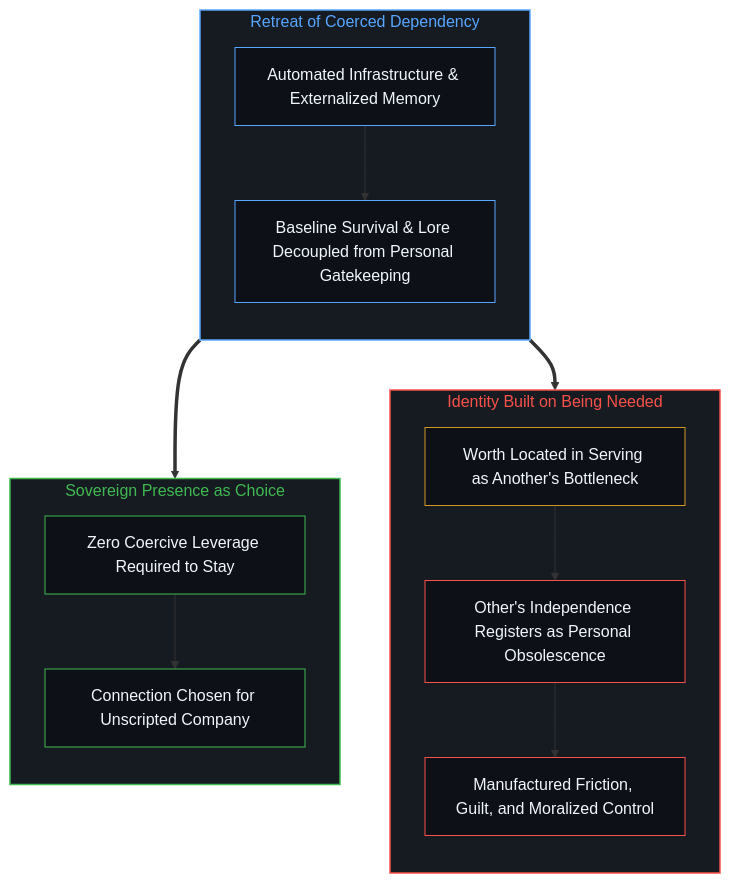
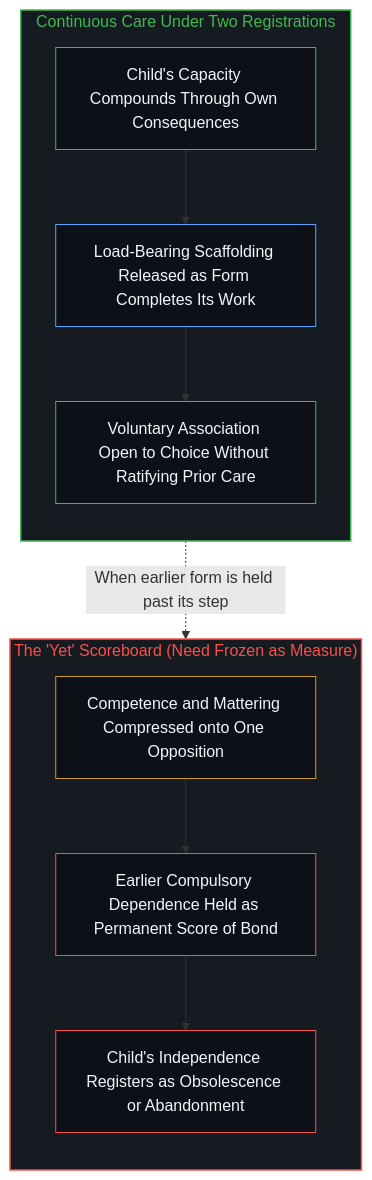
One commit to powerpig99/not-a-toe changed the second of 2 diagrams in content/posts/when-need-stops-being-the-measure.md. Above: the diagram before and after it, drawn with Mermaid. The commit also changed other lines of this file, not shown here.

Commit message:
Refine L4 node (when-need-stops-being-the-measure) in Wave 11 /sleep

````diff
--- a/content/posts/when-need-stops-being-the-measure.md
+++ b/content/posts/when-need-stops-being-the-measure.md
@@ -68,34 +78,26 @@
 ```mermaid
 flowchart TD
-    subgraph S_Shift["Retreat of Coerced Dependency"]
+    subgraph S_Care["Continuous Care Under Two Registrations"]
         direction TB
-        N1["Automated Infrastructure & Externalized Memory"]
-        N2["Baseline Survival & Lore Decoupled from Personal Gatekeeping"]
-        N1 --> N2
+        C1["Child's Capacity Compounds Through Own Consequences"]
+        C2["Load-Bearing Scaffolding Released as Form Completes Its Work"]
+        C3["Voluntary Association Open to Choice Without Ratifying Prior Care"]
+        C1 --> C2 --> C3
     end
-    subgraph S_Bottleneck["Identity Built on Being Needed"]
+    subgraph S_Cut["The 'Yet' Scoreboard (Need Frozen as Measure)"]
         direction TB
-        B1["Worth Located in Serving as Another's Bottleneck"]
-        B2["Other's Independence Registers as Personal Obsolescence"]
-        B3["Manufactured Friction, Guilt, and Moralized Control"]
-        B1 --> B2 --> B3
+        F1["Competence and Mattering Compressed onto One Opposition"]
+        F2["Earlier Compulsory Dependence Held as Permanent Score of Bond"]
+        F3["Child's Independence Registers as Obsolescence or Abandonment"]
+        F1 --> F2 --> F3
     end
-    subgraph S_Presence["Sovereign Presence as Choice"]
-        direction TB
-        P1["Zero Coercive Leverage Required to Stay"]
-        P2["Connection Chosen for Unscripted Company"]
-        P1 --> P2
-    end
-    N2 ==> B1
-    N2 ==> P1
-    style S_Shift fill:#161b22,stroke:#58a6ff,stroke-width:1.5px,color:#58a6ff
-    style S_Bottleneck fill:#161b22,stroke:#f85149,stroke-width:1.5px,color:#f85149
-    style S_Presence fill:#161b22,stroke:#3fb950,stroke-width:1.5px,color:#3fb950
-    style N1 fill:#0d1117,stroke:#58a6ff,stroke-width:1px,color:#f0f6fc
-    style N2 fill:#0d1117,stroke:#58a6ff,stroke-width:1px,color:#f0f6fc
-    style B1 fill:#0d1117,stroke:#d29922,stroke-width:1px,color:#f0f6fc
-    style B2 fill:#0d1117,stroke:#f85149,stroke-width:1px,color:#f0f6fc
-    style B3 fill:#0d1117,stroke:#f85149,stroke-width:1px,color:#f0f6fc
-    style P1 fill:#0d1117,stroke:#3fb950,stroke-width:1px,color:#f0f6fc
-    style P2 fill:#0d1117,stroke:#3fb950,stroke-width:1px,color:#f0f6fc
+    C2 -.->|"When earlier form is held past its step"| F1
+    style S_Care fill:#161b22,stroke:#3fb950,stroke-width:1.5px,color:#3fb950
+    style S_Cut fill:#161b22,stroke:#f85149,stroke-width:1.5px,color:#f85149
+    style C1 fill:#0d1117,stroke:#3fb950,stroke-width:1px,color:#f0f6fc
+    style C2 fill:#0d1117,stroke:#58a6ff,stroke-width:1px,color:#f0f6fc
+    style C3 fill:#0d1117,stroke:#3fb950,stroke-width:1px,color:#f0f6fc
+    style F1 fill:#0d1117,stroke:#d29922,stroke-width:1px,color:#f0f6fc
+    style F2 fill:#0d1117,stroke:#f85149,stroke-width:1px,color:#f0f6fc
+    style F3 fill:#0d1117,stroke:#f85149,stroke-width:1px,color:#f0f6fc
 ```
````
